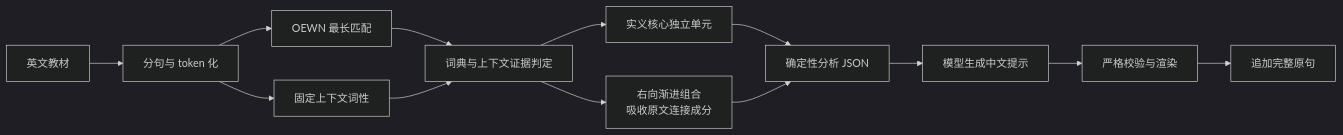
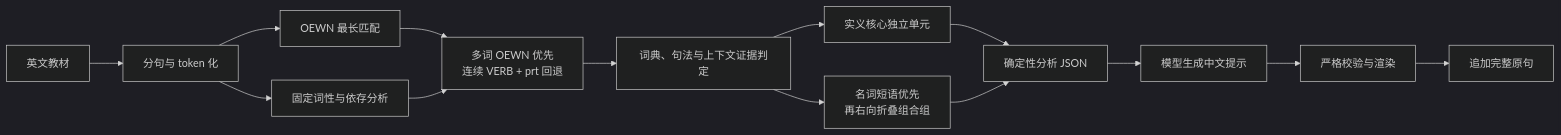
The diagram in docs/lexical-chunks-tooling.md (ReinerLau/earthworm), drawn with Mermaid (dark theme) before and after one commit. The commit also changed other lines of this file and 6 other files, not shown here.

````diff
--- a/docs/lexical-chunks-tooling.md
+++ b/docs/lexical-chunks-tooling.md
@@ -173,15 +195,16 @@
 ```mermaid
 flowchart LR
     A[英文教材] --> B[分句与 token 化]
     B --> C[OEWN 最长匹配]
-    B --> D[固定上下文词性]
-    C --> E[词典与上下文证据判定]
+    B --> D[固定词性与依存分析]
+    C --> E[多词 OEWN 优先<br/>连续 VERB + prt 回退]
     D --> E
-    E --> F[实义核心独立单元]
-    E --> G[右向渐进组合<br/>吸收原文连接成分]
-    F --> H[确定性分析 JSON]
-    G --> H
-    H --> I[模型生成中文提示]
-    I --> J[严格校验与渲染]
-    J --> K[追加完整原句]
+    E --> F[词典、句法与上下文证据判定]
+    F --> G[实义核心独立单元]
+    F --> H[名词短语优先<br/>再右向折叠组合组]
+    G --> I[确定性分析 JSON]
+    H --> I
+    I --> J[模型生成中文提示]
+    J --> K[严格校验与渲染]
+    K --> L[追加完整原句]
 ```
````
